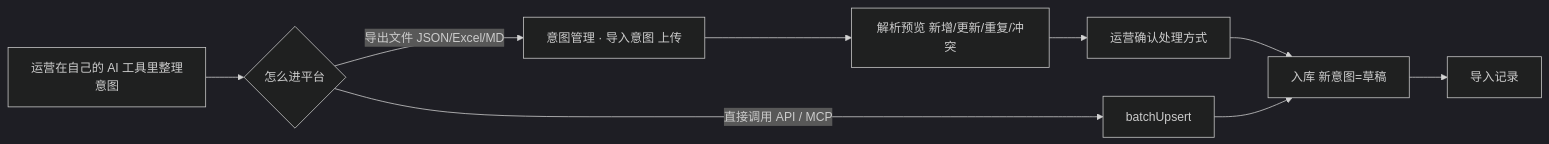
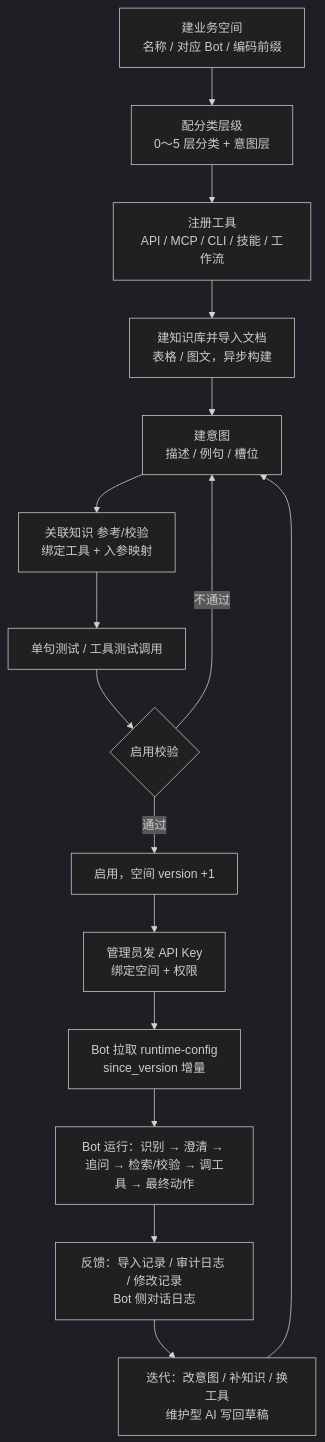
The diagram in docs/意图管理平台_全局需求文档.md (sizzyxixi/intent_platform), drawn with Mermaid (dark theme) before and after one commit. The commit also changed other lines of this file and 12 other files, not shown here.

````diff
--- a/docs/意图管理平台_全局需求文档.md
+++ b/docs/意图管理平台_全局需求文档.md
@@ -390,11 +68,18 @@
 ```mermaid
-flowchart LR
-  A[运营在自己的 AI 工具里整理意图] --> B{怎么进平台}
-  B -- 导出文件 JSON/Excel/MD --> C[意图管理 · 导入意图 上传]
-  B -- 直接调用 API / MCP --> D[batchUpsert]
-  C --> E[解析预览 新增/更新/重复/冲突]
-  E --> F[运营确认处理方式]
-  F --> G[入库 新意图=草稿]
-  D --> G
-  G --> H[导入记录]
+flowchart TD
+  A[建业务空间<br/>名称 / 对应 Bot / 编码前缀] --> B[配分类层级<br/>0～5 层分类 + 意图层]
+  B --> C[注册工具<br/>API / MCP / CLI / 技能 / 工作流]
+  C --> D[建知识库并导入文档<br/>表格 / 图文，异步构建]
+  D --> E[建意图<br/>描述 / 例句 / 槽位]
+  E --> F[关联知识 参考/校验<br/>绑定工具 + 入参映射]
+  F --> G[单句测试 / 工具测试调用]
+  G --> H{启用校验}
+  H -- 不通过 --> E
+  H -- 通过 --> I[启用，空间 version +1]
+  I --> J[管理员发 API Key<br/>绑定空间 + 权限]
+  J --> K[Bot 拉取 runtime-config<br/>since_version 增量]
+  K --> L[Bot 运行：识别 → 澄清 → 追问 → 检索/校验 → 调工具 → 最终动作]
+  L --> M[反馈：导入记录 / 审计日志 / 修改记录<br/>Bot 侧对话日志]
+  M --> N[迭代：改意图 / 补知识 / 换工具<br/>维护型 AI 写回草稿]
+  N --> E
 ```
````
